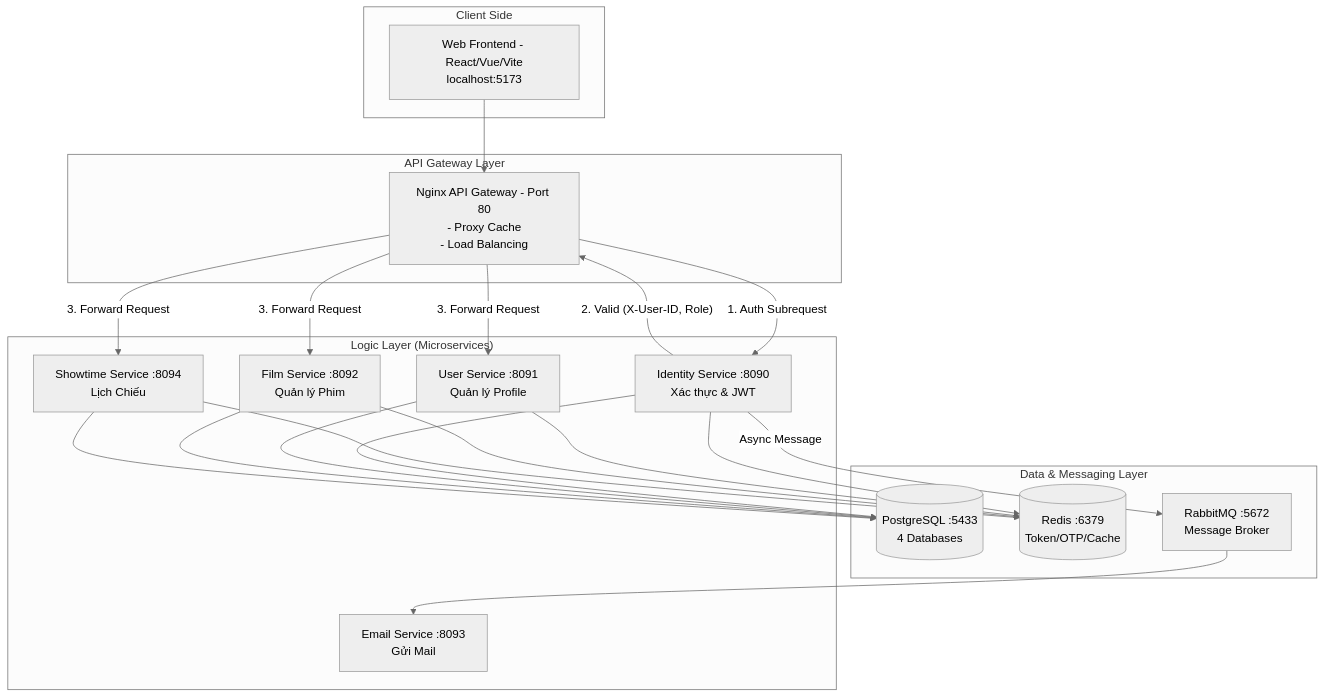
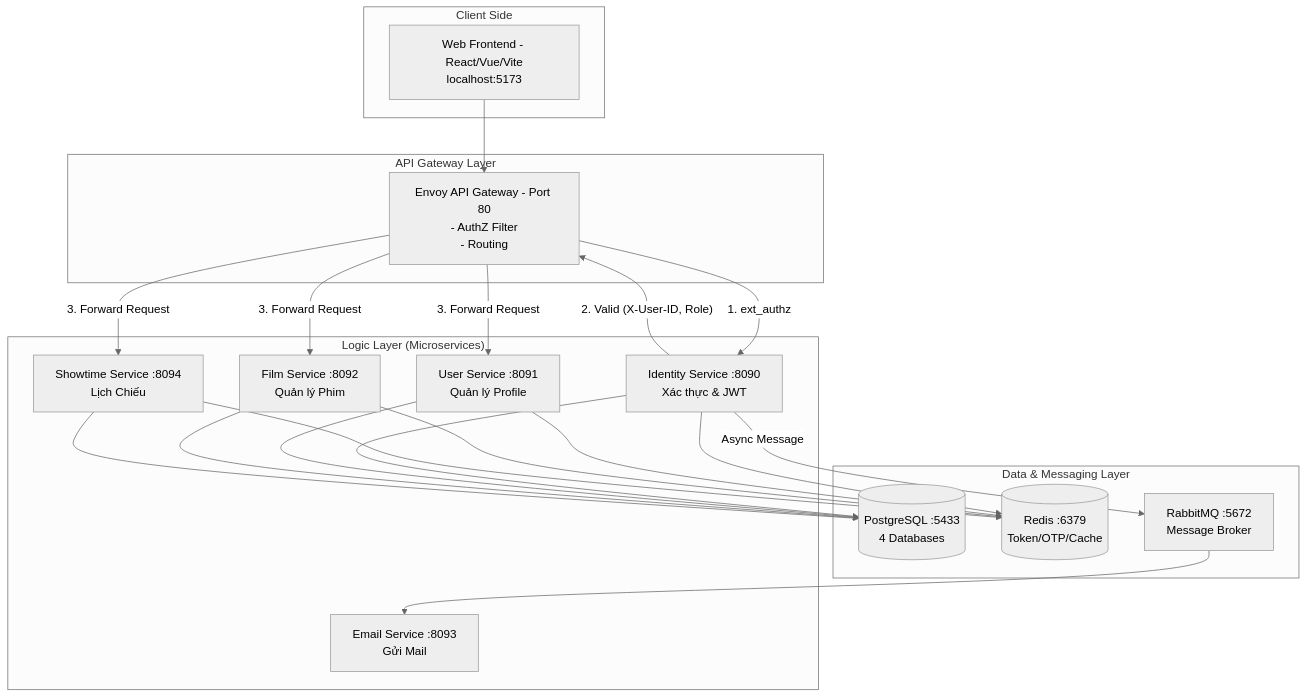
The diagram in cinema-microservices/README.md (hiendangba/KLTN_Cinema), drawn with Mermaid (neutral theme) before and after one commit. The commit also changed other lines of this file and 19 other files, not shown here.

````diff
--- a/cinema-microservices/README.md
+++ b/cinema-microservices/README.md
@@ -39,36 +50,36 @@
 ```mermaid
 graph TD
     subgraph "Client Side"
         Web[Web Frontend - React/Vue/Vite\nlocalhost:5173]
     end
 
     subgraph "API Gateway Layer"
-        Nginx[Nginx API Gateway - Port 80\n- Proxy Cache\n- Load Balancing]
+        Envoy[Envoy API Gateway - Port 80\n- AuthZ Filter\n- Routing]
     end
 
     subgraph "Logic Layer (Microservices)"
         Identity[Identity Service :8090\nXác thực & JWT]
         User[User Service :8091\nQuản lý Profile]
         Film[Film Service :8092\nQuản lý Phim]
         Showtime[Showtime Service :8094\nLịch Chiếu]
         Email[Email Service :8093\nGửi Mail]
     end
 
     subgraph "Data & Messaging Layer"
         PG[(PostgreSQL :5433\n4 Databases)]
         Redis[(Redis :6379\nToken/OTP/Cache)]
         Rabbit[RabbitMQ :5672\nMessage Broker]
     end
 
-    Web --> Nginx
-    Nginx -- "1. Auth Subrequest" --> Identity
-    Identity -- "2. Valid (X-User-ID, Role)" --> Nginx
-    Nginx -- "3. Forward Request" --> User
-    Nginx -- "3. Forward Request" --> Film
-    Nginx -- "3. Forward Request" --> Showtime
+    Web --> Envoy
+    Envoy -- "1. ext_authz" --> Identity
+    Identity -- "2. Valid (X-User-ID, Role)" --> Envoy
+    Envoy -- "3. Forward Request" --> User
+    Envoy -- "3. Forward Request" --> Film
+    Envoy -- "3. Forward Request" --> Showtime
     
     Identity & User & Film & Showtime --> PG
     Identity & User & Film & Showtime --> Redis
     Identity -- "Async Message" --> Rabbit
     Rabbit --> Email
 ```
````
